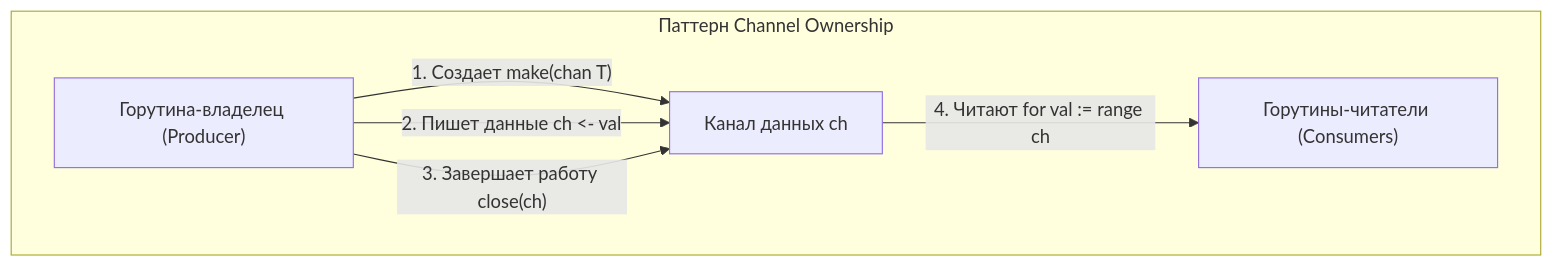
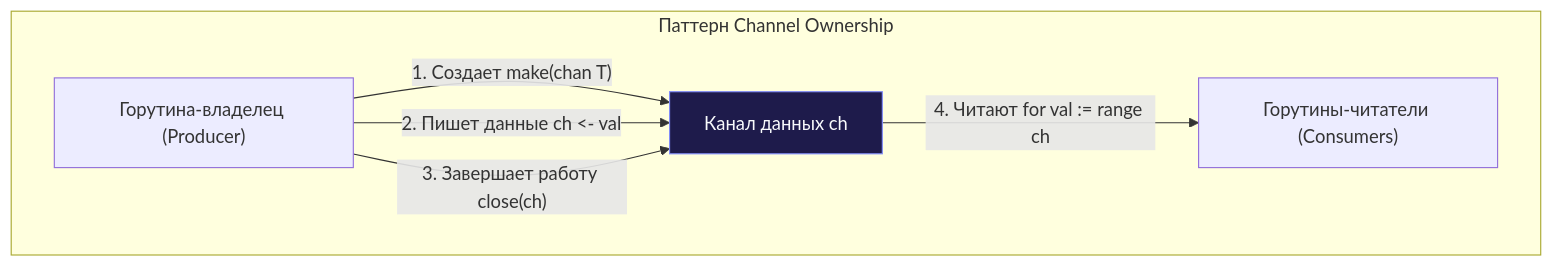
The fourth of 4 diagrams in sources/5. Учебник по Go (Основы и синтаксис)/36. Каналы. Передача данных между горутинами.md (UnrealTemplier/go-textbook), drawn with Mermaid before and after one commit. The commit also changed other lines of this file and 1666 other files, not shown here.

First line of the commit message:
feat(mermaid): add semantic color classDef to 1369 colorless flowchart/graph diagrams

````diff
--- a/sources/5. Учебник по Go (Основы и синтаксис)/36. Каналы. Передача данных между горутинами.md
+++ b/sources/5. Учебник по Go (Основы и синтаксис)/36. Каналы. Передача данных между горутинами.md
@@ -219,13 +239,23 @@
 ```mermaid
 flowchart TD
+    classDef process  fill:#1e293b,stroke:#38bdf8,stroke-width:1px,color:#f8fafc
+    classDef success  fill:#064e3b,stroke:#34d399,stroke-width:1px,color:#f8fafc
+    classDef error    fill:#7f1d1d,stroke:#f87171,stroke-width:1px,color:#f8fafc
+    classDef warning  fill:#78350f,stroke:#fbbf24,stroke-width:1px,color:#f8fafc
+    classDef entry    fill:#1e3a5f,stroke:#38bdf8,stroke-width:2px,color:#f8fafc
+    classDef aux      fill:#334155,stroke:#64748b,stroke-width:1px,color:#f8fafc
+    classDef system   fill:#312e81,stroke:#a78bfa,stroke-width:1px,color:#f8fafc
+    classDef data     fill:#132d29,stroke:#2dd4bf,stroke-width:1px,color:#f8fafc
+    classDef network  fill:#881337,stroke:#fb7185,stroke-width:1px,color:#f8fafc
+    classDef accent   fill:#1e1b4b,stroke:#818cf8,stroke-width:1px,color:#f8fafc
     subgraph OwnerPattern["Паттерн Channel Ownership"]
         Owner["Горутина-владелец (Producer)"]
-        Ch["Канал данных ch"]
+        Ch["Канал данных ch"]:::accent
         Workers["Горутины-читатели (Consumers)"]
 
         Owner -->|"1. Создает make(chan T)"| Ch
         Owner -->|"2. Пишет данные ch <- val"| Ch
         Owner -->|"3. Завершает работу close(ch)"| Ch
         Ch -->|"4. Читают for val := range ch"| Workers
     end
 ```
````
